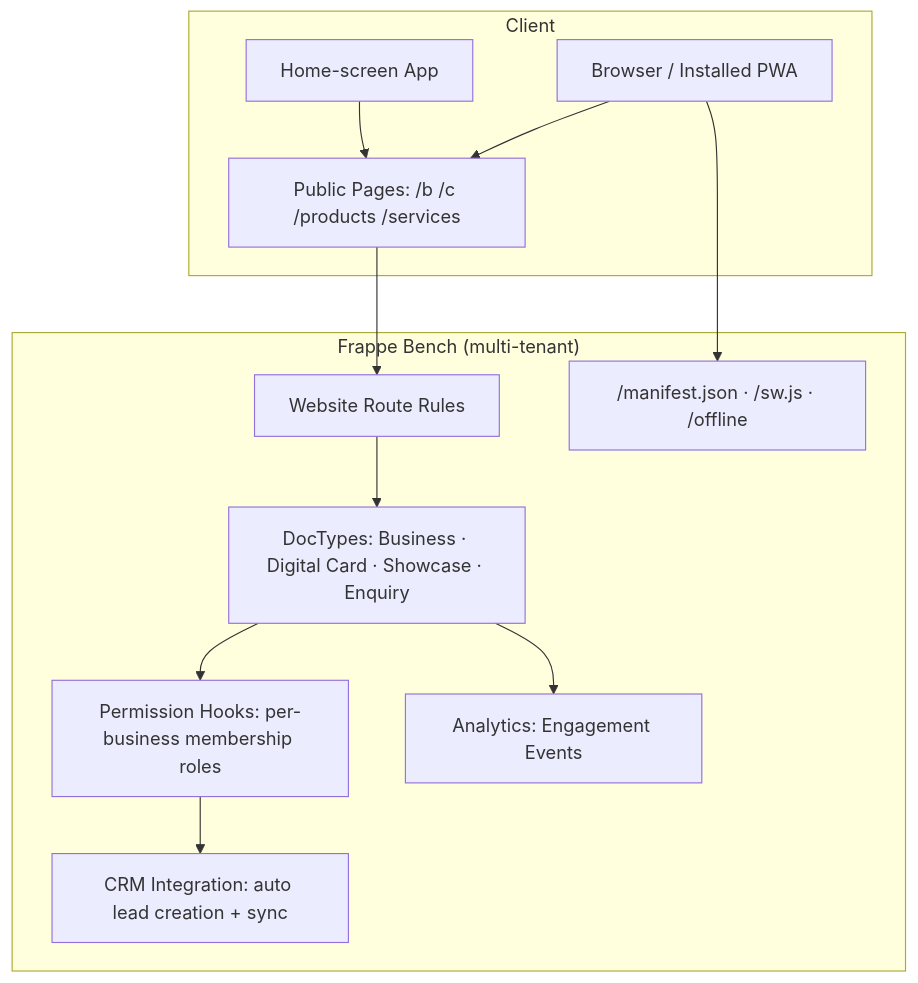
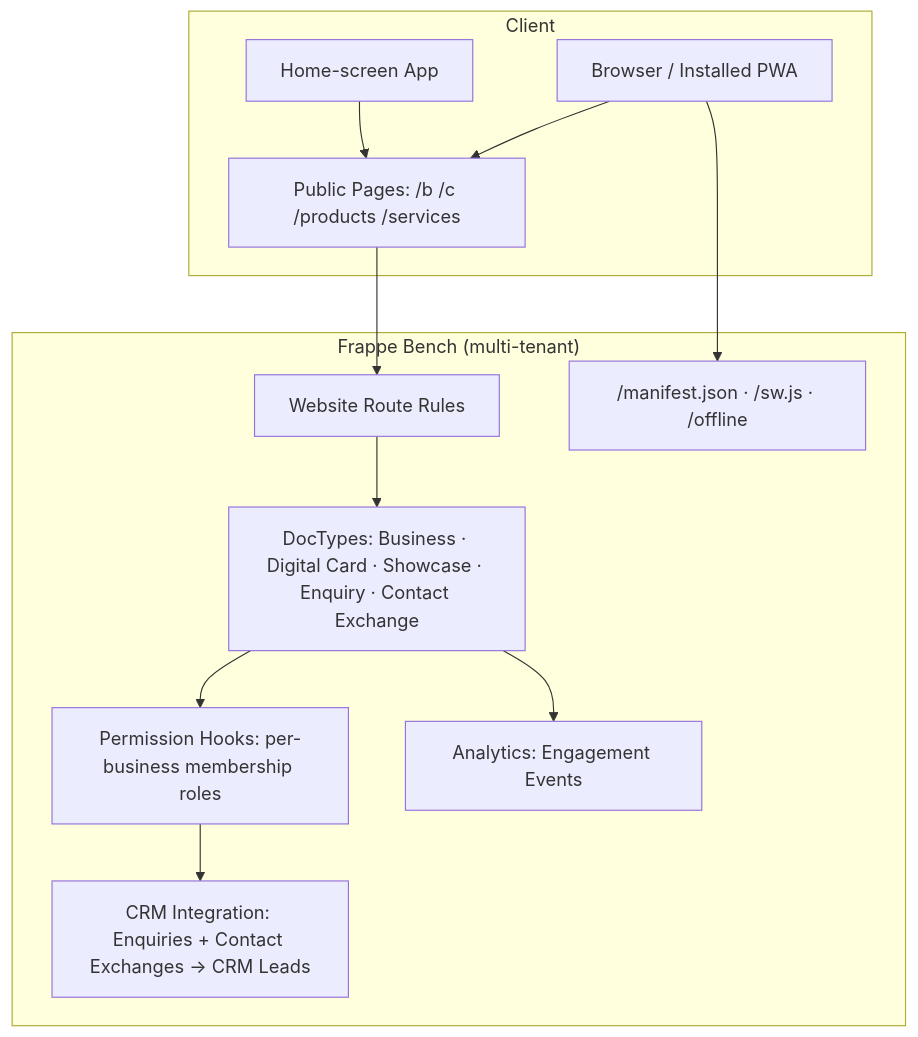
One commit to devosduotech/osduo_business_connect changed the diagram in README.md. Above: the diagram before and after it, drawn with Mermaid. The commit also changed other lines of this file, not shown here.

Commit message:
docs(readme): refresh to v1.2.6 — new capabilities, docs index and roadmap parity

````diff
--- a/README.md
+++ b/README.md
@@ -135,16 +157,16 @@
 ```mermaid
 graph TD
     subgraph Client
         A[Browser / Installed PWA] --> B[Public Pages: /b /c /products /services]
         A2[Home-screen App] --> B
     end
 
     subgraph "Frappe Bench (multi-tenant)"
         B --> C[Website Route Rules]
-        C --> D[DocTypes: Business · Digital Card · Showcase · Enquiry]
+        C --> D[DocTypes: Business · Digital Card · Showcase · Enquiry · Contact Exchange]
         D --> E[Permission Hooks: per-business membership roles]
-        E --> F[CRM Integration: auto lead creation + sync]
+        E --> F[CRM Integration: Enquiries + Contact Exchanges → CRM Leads]
         D --> G[Analytics: Engagement Events]
         A --> H["/manifest.json · /sw.js · /offline"]
     end
 ```
````
